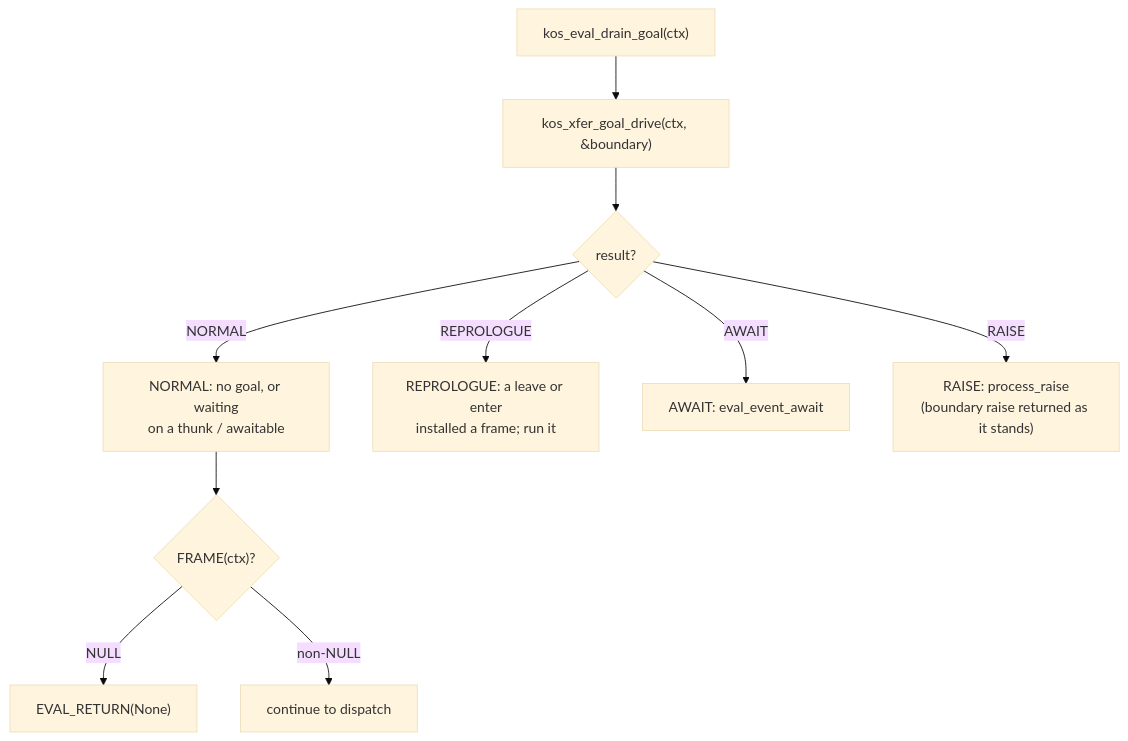
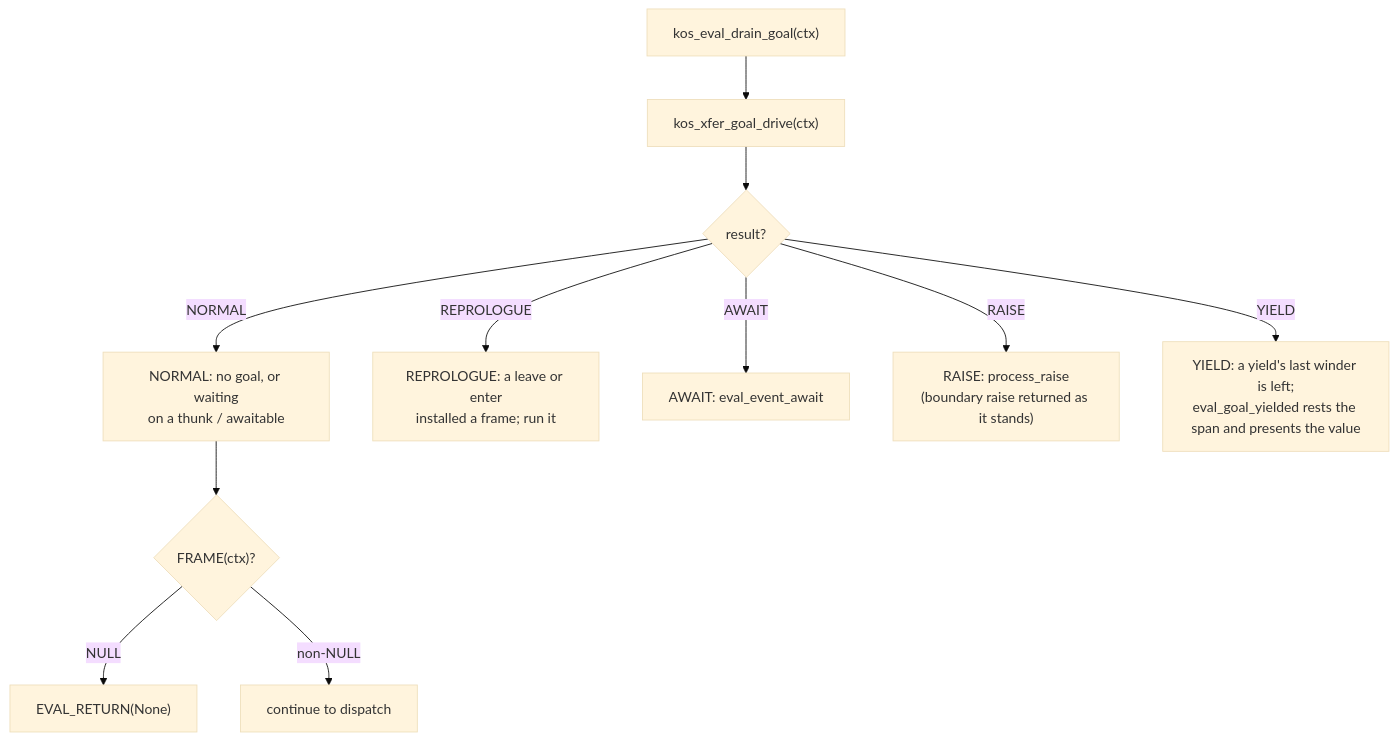
The fourth of 12 diagrams in design/EVALUATOR.md (koskari-lang/koskari), drawn with Mermaid (base theme) before and after one commit. The commit also changed other lines of this file, not shown here.

````diff
--- a/design/EVALUATOR.md
+++ b/design/EVALUATOR.md
@@ -278,20 +278,22 @@
 ```mermaid
 flowchart TD
     start["kos_eval_drain_goal(ctx)"]
-    drive["kos_xfer_goal_drive(ctx, &boundary)"]
+    drive["kos_xfer_goal_drive(ctx)"]
     kind{"result?"}
     normal["NORMAL: no goal, or waiting<br/>on a thunk / awaitable"]
     repro["REPROLOGUE: a leave or enter<br/>installed a frame; run it"]
     await_["AWAIT: eval_event_await"]
     raise_["RAISE: process_raise<br/>(boundary raise returned as it stands)"]
+    yield_["YIELD: a yield's last winder is left;<br/>eval_goal_yielded rests the span and presents the value"]
     frame_check{"FRAME(ctx)?"}
     ret_none["EVAL_RETURN(None)"]
 
     start --> drive --> kind
     kind -->|NORMAL| normal --> frame_check
     kind -->|REPROLOGUE| repro
     kind -->|AWAIT| await_
     kind -->|RAISE| raise_
+    kind -->|YIELD| yield_
     frame_check -->|NULL| ret_none
     frame_check -->|non-NULL| loop_next["continue to dispatch"]
 ```
````
